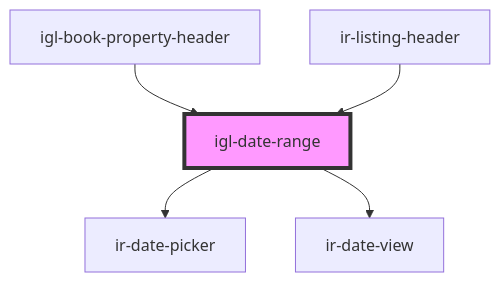
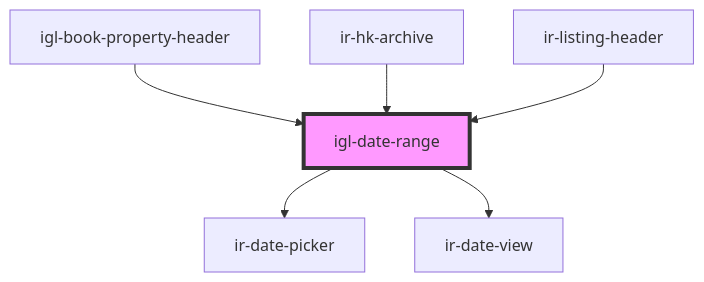
The diagram in src/components/igloo-calendar/igl-date-range/readme.md (David1Chowaifaty/modified-ir-webcmp), drawn with Mermaid before and after one commit. The commit also changed other lines of this file and 10 other files, not shown here.

````diff
--- a/src/components/igloo-calendar/igl-date-range/readme.md
+++ b/src/components/igloo-calendar/igl-date-range/readme.md
@@ -41,8 +42,9 @@
 ```mermaid
 graph TD;
   igl-date-range --> ir-date-picker
   igl-date-range --> ir-date-view
   igl-book-property-header --> igl-date-range
+  ir-hk-archive --> igl-date-range
   ir-listing-header --> igl-date-range
   style igl-date-range fill:#f9f,stroke:#333,stroke-width:4px
 ```
````
